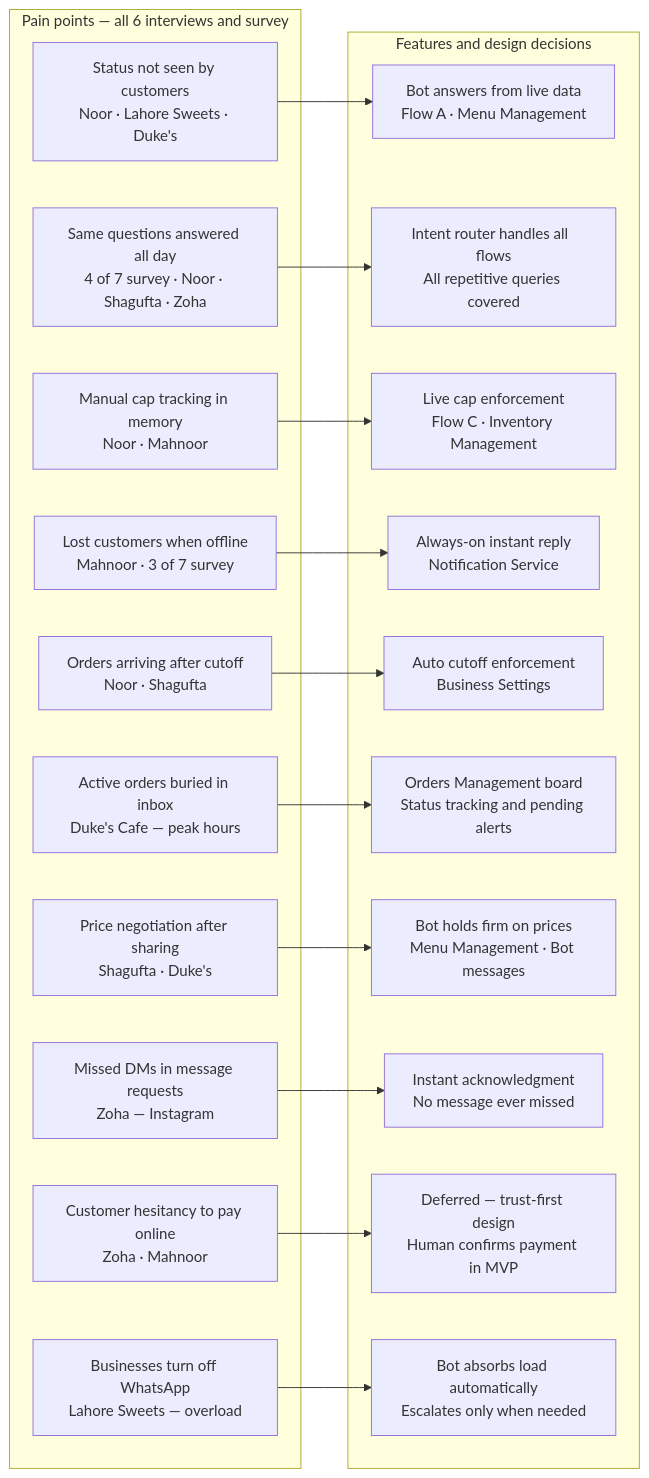
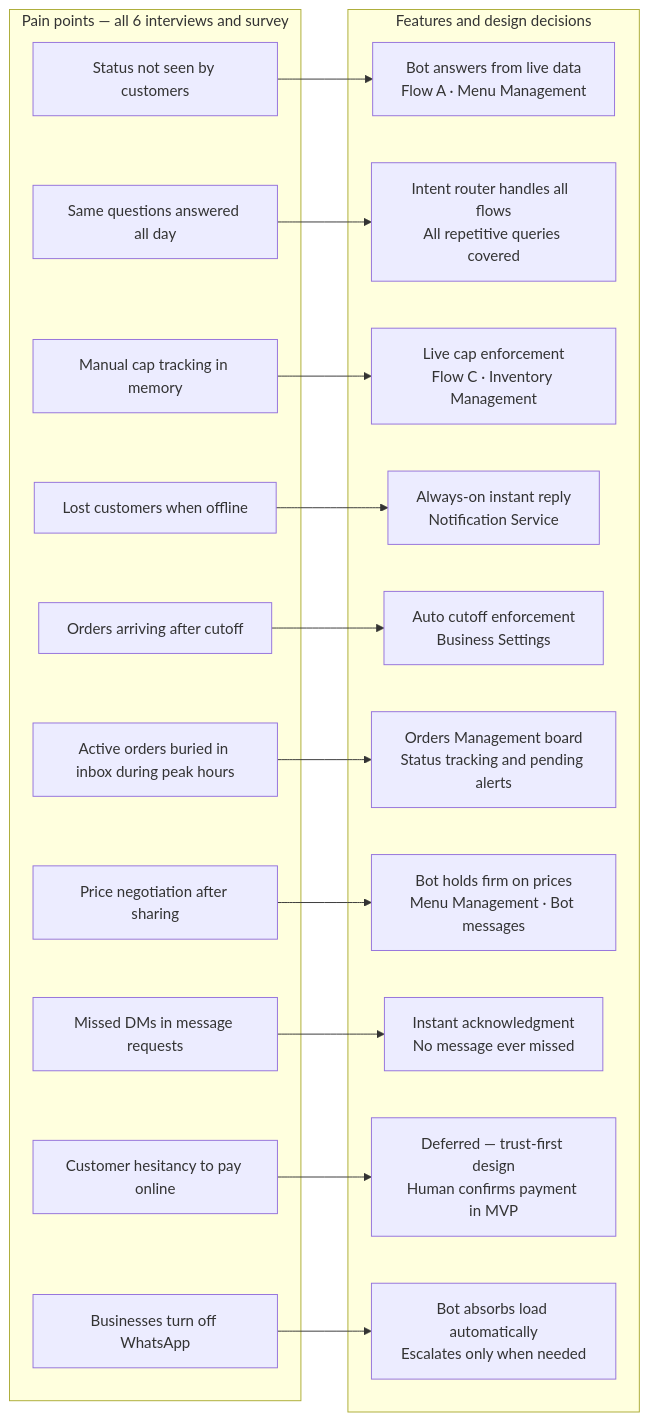
The diagram in Problem to Solution Map.md (comebck-pakistan/cohort-1-squad-karakoram), drawn with Mermaid before and after one commit.

Commit message:
Update Problem to Solution Map.md

````diff
--- a/Problem to Solution Map.md
+++ b/Problem to Solution Map.md
@@ -1,39 +1,39 @@
 ```mermaid
 flowchart LR
     subgraph PROBLEMS["Pain points — all 6 interviews and survey"]
-        P1[Status not seen by customers\nNoor · Lahore Sweets · Duke's]
-        P2[Same questions answered all day\n4 of 7 survey · Noor · Shagufta · Zoha]
-        P3[Manual cap tracking in memory\nNoor · Mahnoor]
-        P4[Lost customers when offline\nMahnoor · 3 of 7 survey]
-        P5[Orders arriving after cutoff\nNoor · Shagufta]
-        P6[Active orders buried in inbox\nDuke's Cafe — peak hours]
-        P7[Price negotiation after sharing\nShagufta · Duke's]
-        P8[Missed DMs in message requests\nZoha — Instagram]
-        P9[Customer hesitancy to pay online\nZoha · Mahnoor]
-        P10[Businesses turn off WhatsApp\nLahore Sweets — overload]
+        P1[Status not seen by customers]
+        P2[Same questions answered all day]
+        P3[Manual cap tracking in memory]
+        P4[Lost customers when offline]
+        P5[Orders arriving after cutoff]
+        P6[Active orders buried in inbox during peak hours]
+        P7[Price negotiation after sharing]
+        P8[Missed DMs in message requests]
+        P9[Customer hesitancy to pay online]
+        P10[Businesses turn off WhatsApp]
     end
 
     subgraph SOLUTIONS["Features and design decisions"]
         S1[Bot answers from live data\nFlow A · Menu Management]
         S2[Intent router handles all  flows\nAll repetitive queries covered]
         S3[Live cap enforcement\nFlow C · Inventory Management]
         S4[Always-on instant reply\nNotification Service]
         S5[Auto cutoff enforcement\nBusiness Settings]
         S6[Orders Management board\nStatus tracking and pending alerts]
         S7[Bot holds firm on prices\nMenu Management · Bot messages]
         S8[Instant acknowledgment\nNo message ever missed]
         S9[Deferred — trust-first design\nHuman confirms payment in MVP]
         S10[Bot absorbs load automatically\nEscalates only when needed]
     end
 
     P1 --> S1
     P2 --> S2
     P3 --> S3
     P4 --> S4
     P5 --> S5
     P6 --> S6
     P7 --> S7
     P8 --> S8
     P9 --> S9
     P10 --> S10
 ```
````
